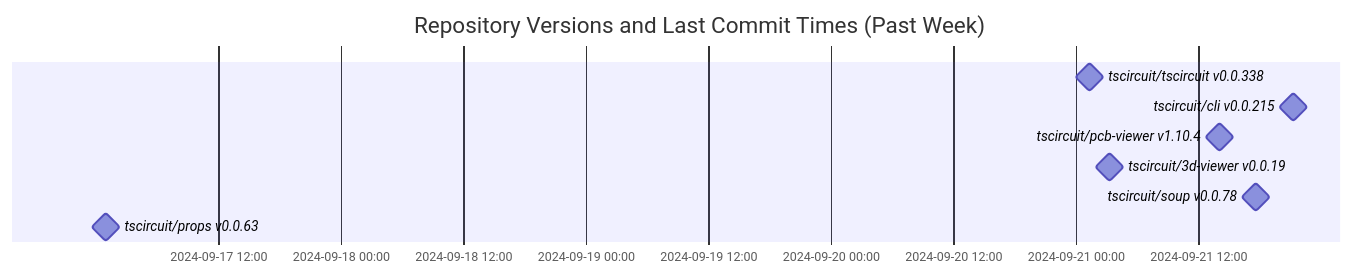
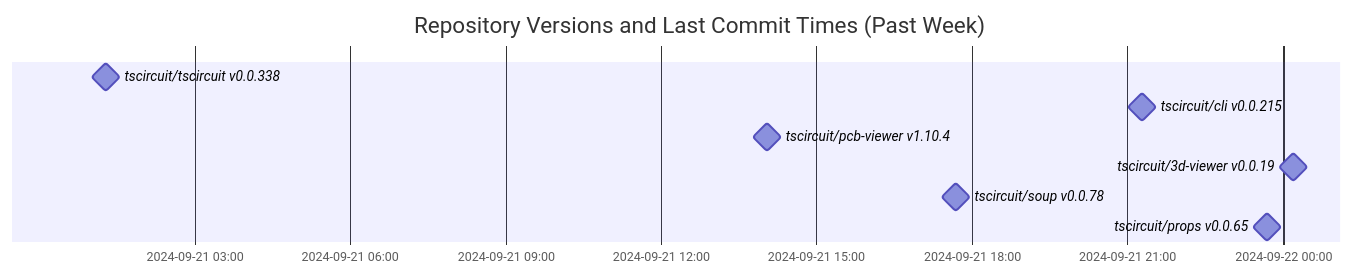
One commit to tscircuit/version-tracker changed the diagram in README.md. Above: the diagram before and after it, drawn with Mermaid.

Commit message:
Update chart

````diff
--- a/README.md
+++ b/README.md
@@ -1,13 +1,13 @@
 ```mermaid
 gantt
   dateFormat  YYYY-MM-DD HH:mm:ss
   title Repository Versions and Last Commit Times (Past Week)
   axisFormat %Y-%m-%d %H:%M
 
   tscircuit/tscircuit v0.0.338 : milestone, 2024-09-21 01:17:43, 1s
   tscircuit/cli v0.0.215 : milestone, 2024-09-21 21:17:31, 1s
   tscircuit/pcb-viewer v1.10.4 : milestone, 2024-09-21 14:02:34, 1s
-  tscircuit/3d-viewer v0.0.19 : milestone, 2024-09-21 03:18:08, 1s
+  tscircuit/3d-viewer v0.0.19 : milestone, 2024-09-22 00:11:59, 1s
   tscircuit/soup v0.0.78 : milestone, 2024-09-21 17:40:44, 1s
-  tscircuit/props v0.0.63 : milestone, 2024-09-17 00:58:09, 1s
+  tscircuit/props v0.0.65 : milestone, 2024-09-21 23:41:11, 1s
 ```
````
